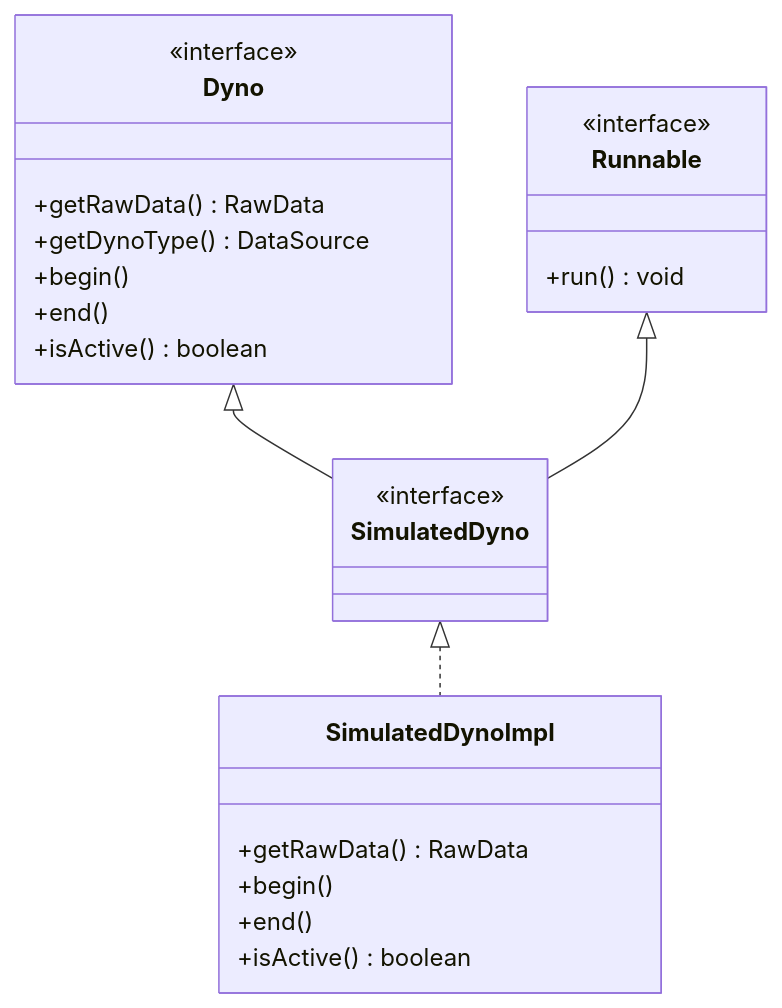
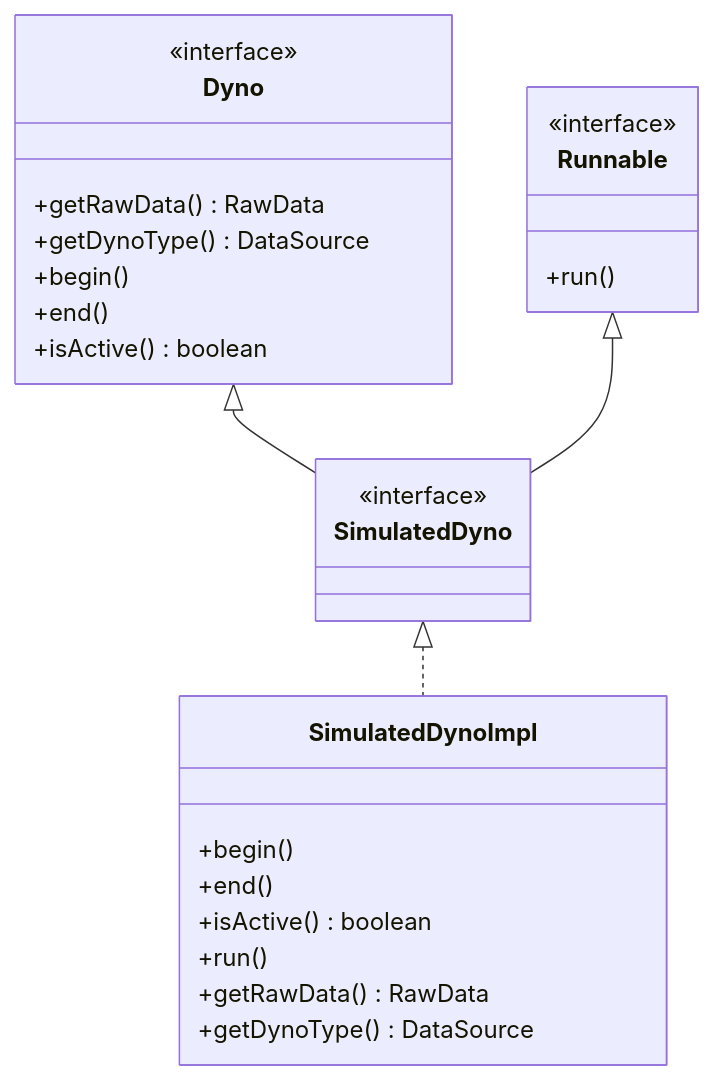
Before and after one commit to unibo-oop-projects/OOP24-Alessandro-CristoferNapolitano-SolarEgg-TodeschiMatteo-java-dyno: the sixth of 10 diagrams in report.md, drawn with Mermaid.

Commit message:
Fixed UML in 2.2.2 section of report

````diff
--- a/report.md
+++ b/report.md
@@ -340,32 +340,34 @@
 ```mermaid
 classDiagram
     class Dyno {
         <<interface>>
         +getRawData() RawData
         +getDynoType() DataSource
         +begin()
         +end()
         +isActive() boolean
     }
 
     class Runnable {
         <<interface>>
-        +run() void
+        +run()
     }
 
     class SimulatedDyno {
         <<interface>>
     }
 
     class SimulatedDynoImpl {
-        +getRawData() RawData
         +begin()
         +end()
         +isActive() boolean
+        +run()
+        +getRawData() RawData
+        +getDynoType() DataSource
     }
 
     Dyno <|-- SimulatedDyno
     Runnable <|-- SimulatedDyno
     SimulatedDyno <|.. SimulatedDynoImpl
 
 ```
````
